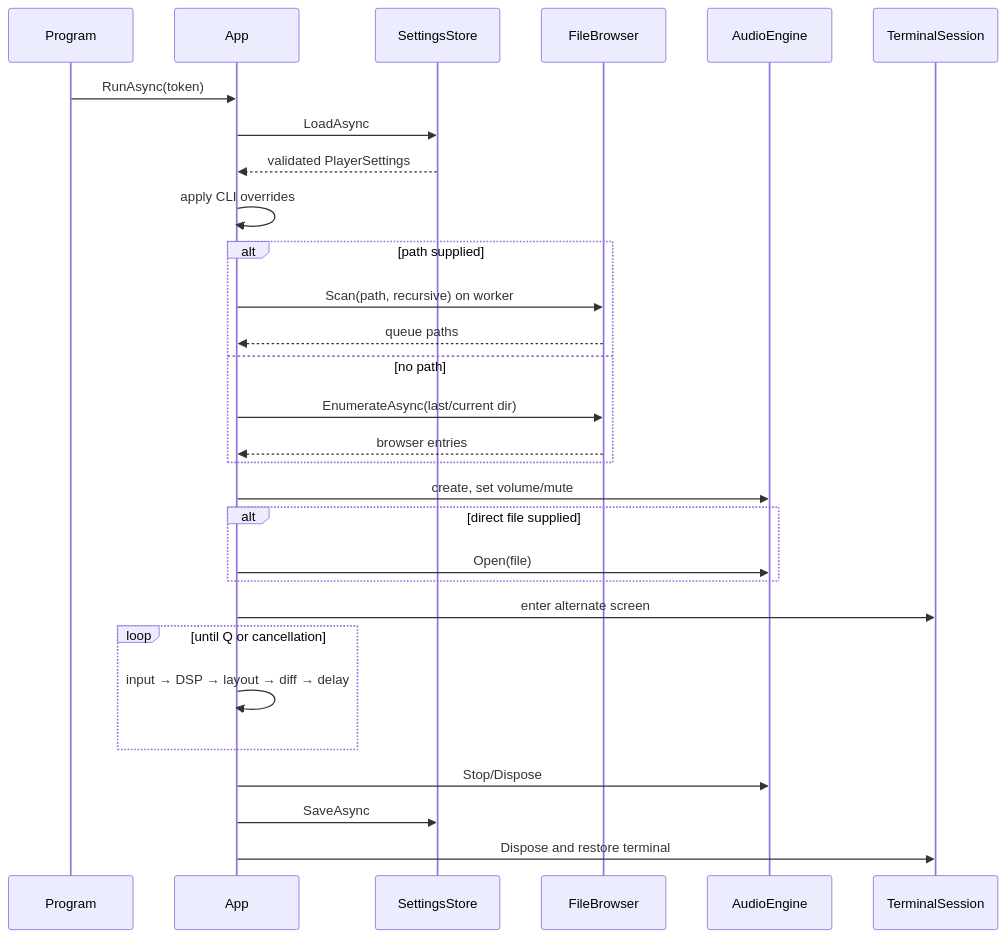
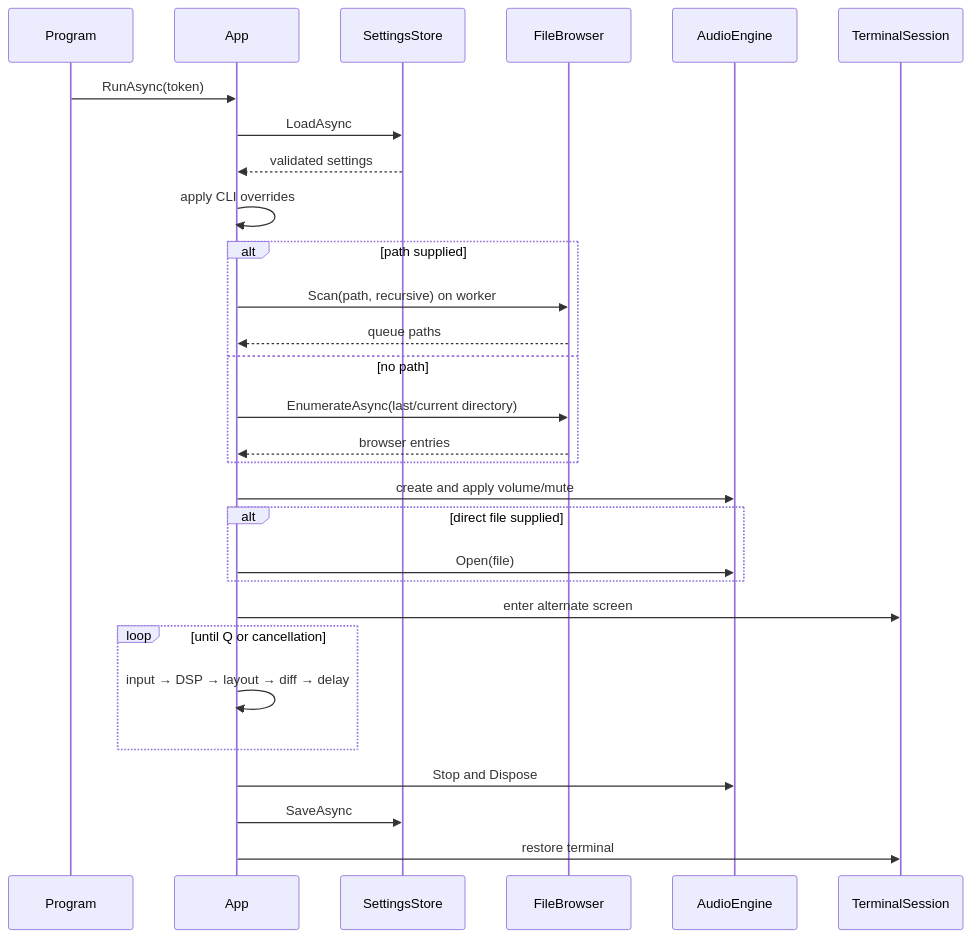
The second of 3 diagrams in docs/ARCHITECTURE.md (Geckon01/YACPlayer), drawn with Mermaid before and after one commit. The commit also changed other lines of this file and 8 other files, not shown here.

````diff
--- a/docs/ARCHITECTURE.md
+++ b/docs/ARCHITECTURE.md
@@ -91,32 +93,31 @@
 ```mermaid
 sequenceDiagram
     participant P as Program
     participant A as App
     participant S as SettingsStore
     participant B as FileBrowser
     participant E as AudioEngine
     participant T as TerminalSession
-
     P->>A: RunAsync(token)
     A->>S: LoadAsync
-    S-->>A: validated PlayerSettings
+    S-->>A: validated settings
     A->>A: apply CLI overrides
     alt path supplied
         A->>B: Scan(path, recursive) on worker
         B-->>A: queue paths
     else no path
-        A->>B: EnumerateAsync(last/current dir)
+        A->>B: EnumerateAsync(last/current directory)
         B-->>A: browser entries
     end
-    A->>E: create, set volume/mute
+    A->>E: create and apply volume/mute
     alt direct file supplied
         A->>E: Open(file)
     end
     A->>T: enter alternate screen
     loop until Q or cancellation
         A->>A: input → DSP → layout → diff → delay
     end
-    A->>E: Stop/Dispose
+    A->>E: Stop and Dispose
     A->>S: SaveAsync
-    A->>T: Dispose and restore terminal
+    A->>T: restore terminal
 ```
````
